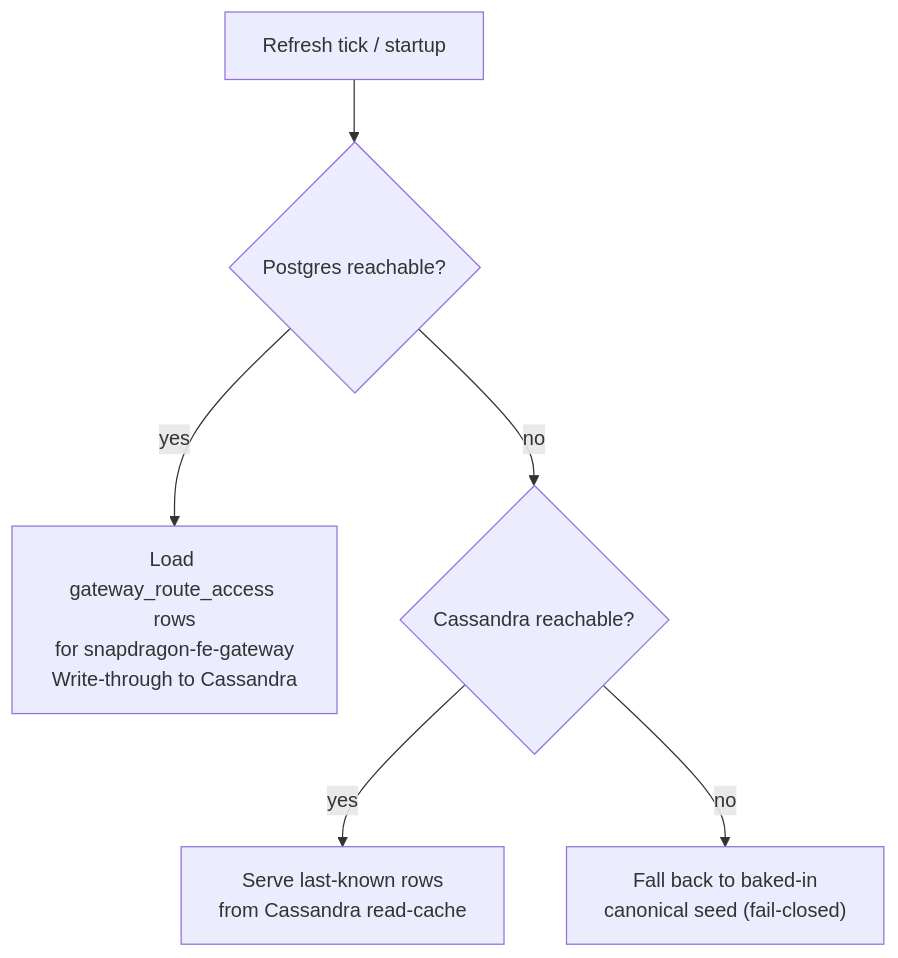
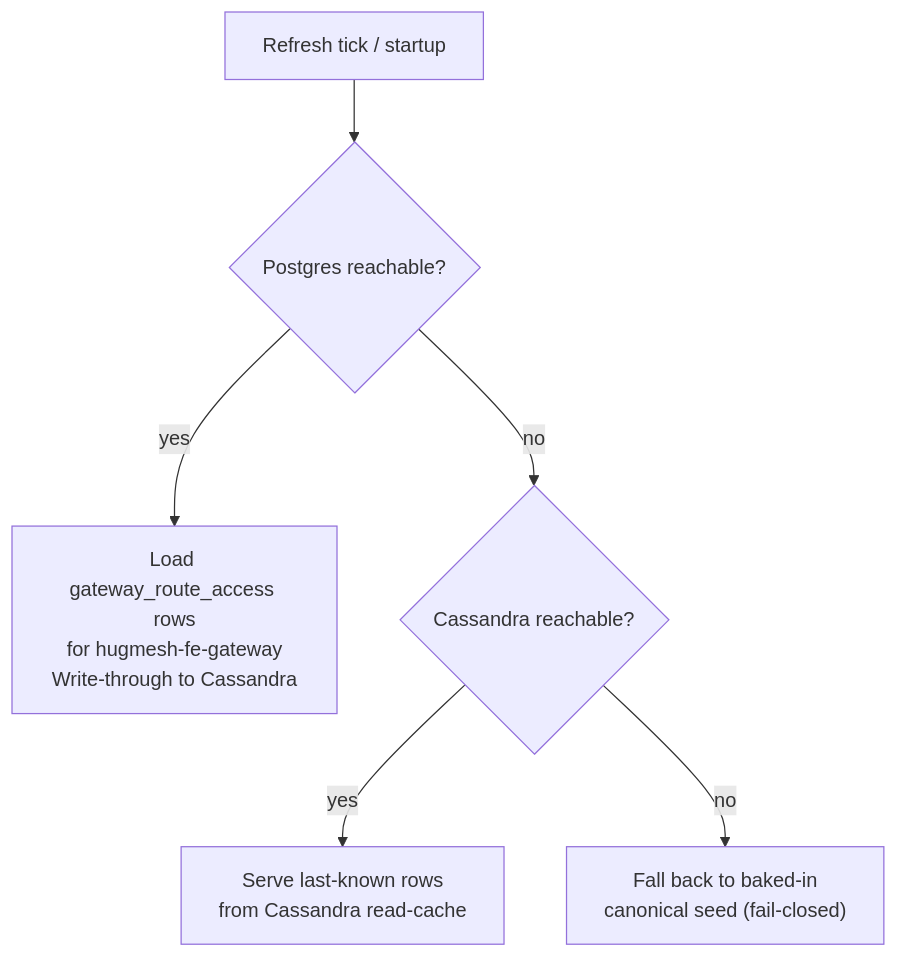
Before and after one commit to hugmesh/hugmesh-fe-gateway: the second of 3 diagrams in README.md, drawn with Mermaid. The commit also changed other lines of this file and 4 other files, not shown here.

````diff
--- a/README.md
+++ b/README.md
@@ -229,8 +229,8 @@
 ```mermaid
 flowchart TB
     A["Refresh tick / startup"] --> B{Postgres reachable?}
-    B -- yes --> C["Load gateway_route_access rows\nfor snapdragon-fe-gateway\nWrite-through to Cassandra"]
+    B -- yes --> C["Load gateway_route_access rows\nfor hugmesh-fe-gateway\nWrite-through to Cassandra"]
     B -- no --> D{Cassandra reachable?}
     D -- yes --> E["Serve last-known rows\nfrom Cassandra read-cache"]
     D -- no --> F["Fall back to baked-in\ncanonical seed (fail-closed)"]
 ```
````
